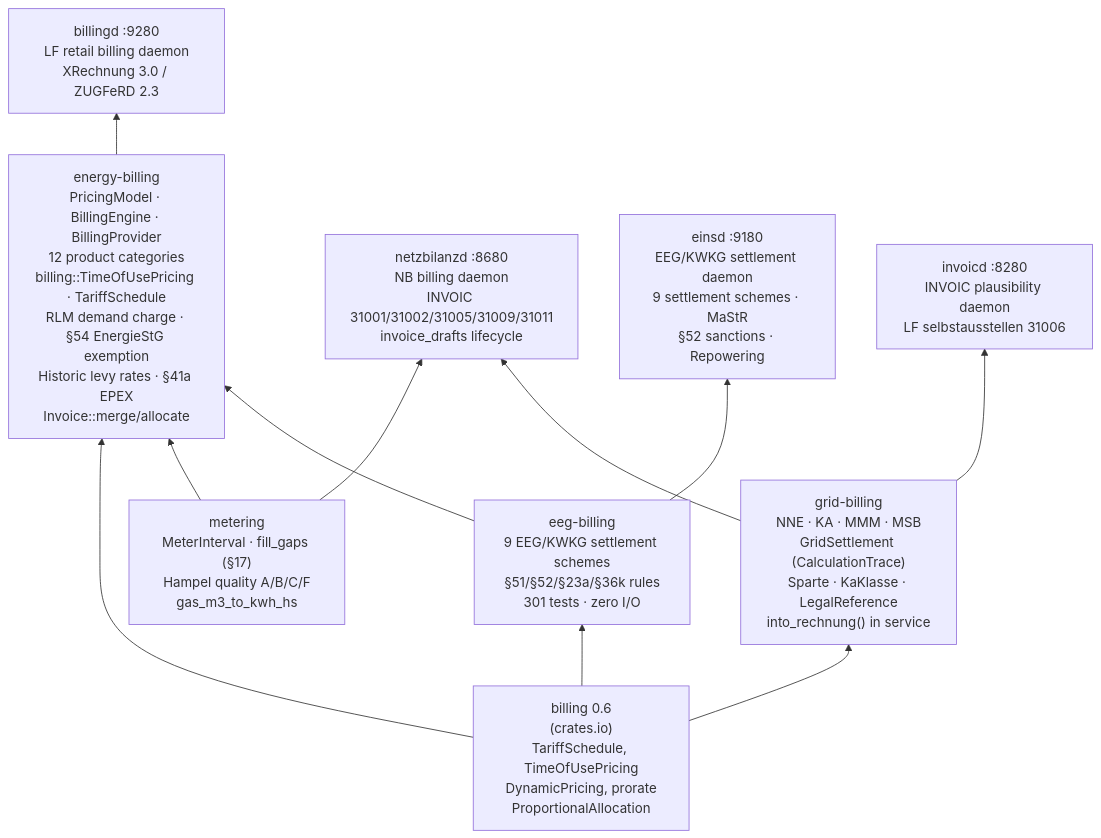
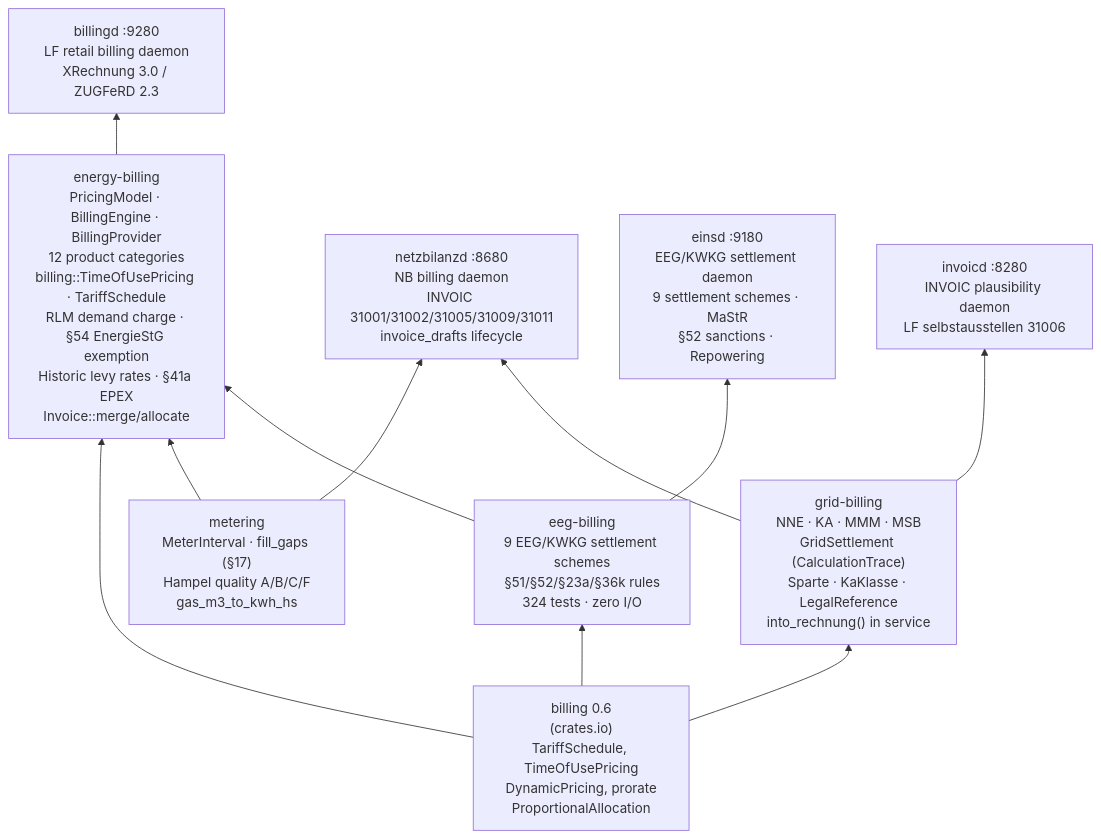
One commit to hupe1980/mako changed the second of 3 diagrams in docs/architecture.md. Above: the diagram before and after it, drawn with Mermaid. The commit also changed other lines of this file and 12 other files, not shown here.

````diff
--- a/docs/architecture.md
+++ b/docs/architecture.md
@@ -233,31 +233,31 @@
 ```mermaid
 graph BT
     billing["billing 0.6\n(crates.io)\nTariffSchedule, TimeOfUsePricing\nDynamicPricing, prorate\nProportionalAllocation"]
 
     metering["metering\nMeterInterval · fill_gaps (§17)\nHampel quality A/B/C/F\ngas_m3_to_kwh_hs"]
 
-    eeg["eeg-billing\n9 EEG/KWKG settlement schemes\n§51/§52/§23a/§36k rules\n301 tests · zero I/O"]
+    eeg["eeg-billing\n9 EEG/KWKG settlement schemes\n§51/§52/§23a/§36k rules\n324 tests · zero I/O"]
 
     grid["grid-billing\nNNE · KA · MMM · MSB\nGridSettlement (CalculationTrace)\nSparte · KaKlasse · LegalReference\ninto_rechnung() in service"]
 
     energy["energy-billing\nPricingModel · BillingEngine · BillingProvider\n12 product categories\nbilling::TimeOfUsePricing · TariffSchedule\nRLM demand charge · §54 EnergieStG exemption\nHistoric levy rates · §41a EPEX\nInvoice::merge/allocate"]
 
     netzbilanzd["netzbilanzd :8680\nNB billing daemon\nINVOIC 31001/31002/31005/31009/31011\ninvoice_drafts lifecycle"]
 
     billingd["billingd :9280\nLF retail billing daemon\nXRechnung 3.0 / ZUGFeRD 2.3"]
 
     einsd["einsd :9180\nEEG/KWKG settlement daemon\n9 settlement schemes · MaStR\n§52 sanctions · Repowering"]
 
     invoicd["invoicd :8280\nINVOIC plausibility daemon\nLF selbstausstellen 31006"]
 
     billing --> eeg
     billing --> energy
     billing --> grid
     metering --> energy
     metering --> netzbilanzd
     eeg --> energy
     eeg --> einsd
     grid --> netzbilanzd
     grid --> invoicd
     energy --> billingd
 ```
````
